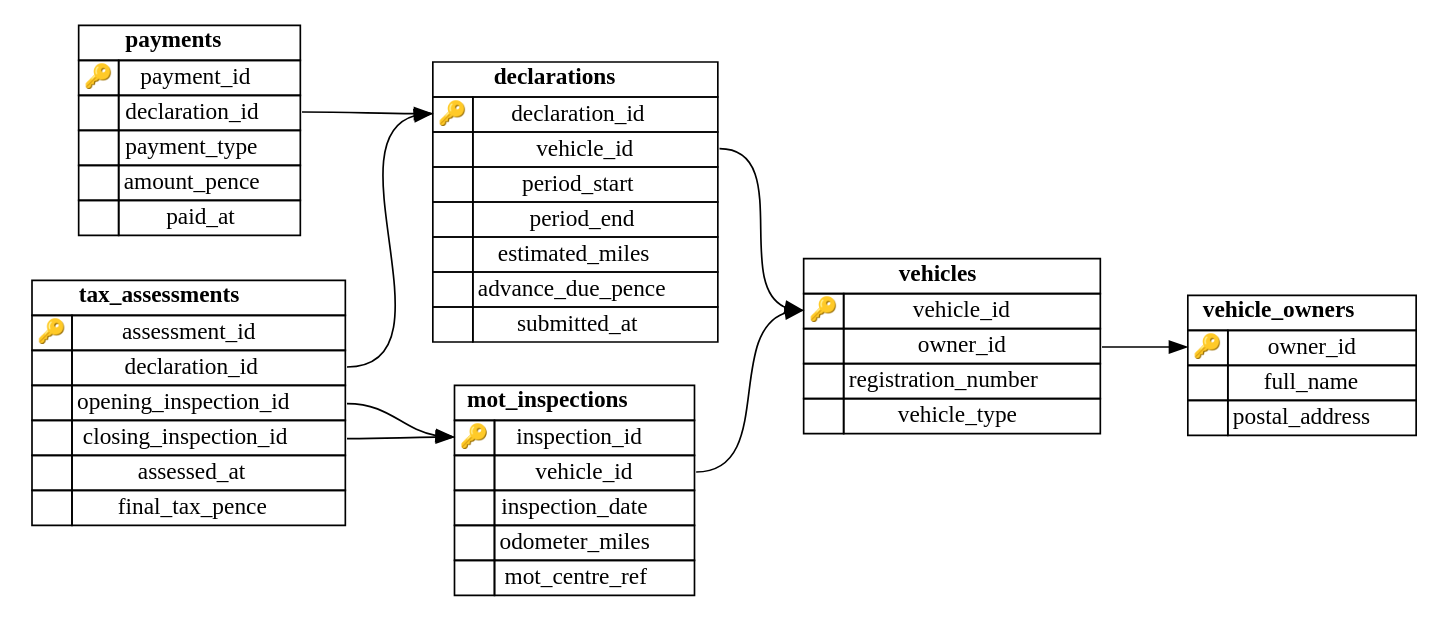
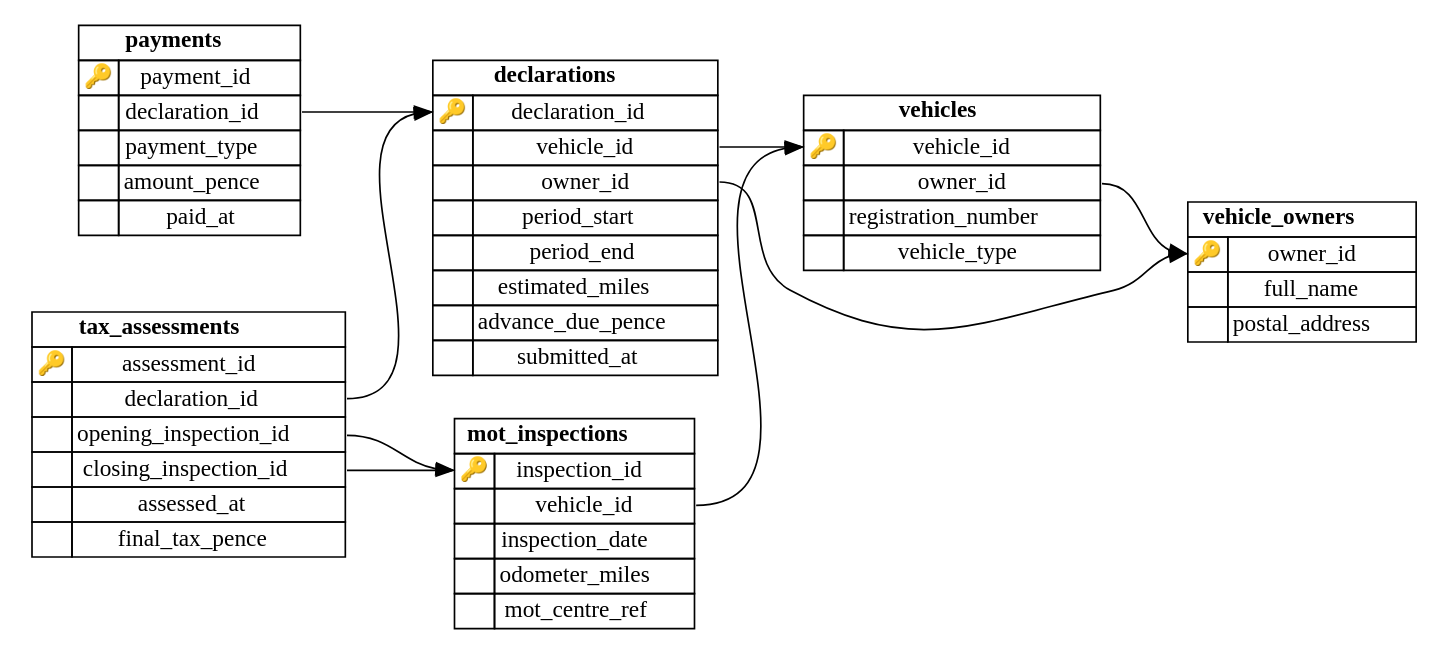
One commit to Mclement197/ikt-hsg-2026 changed the diagram in diagrams/er_diagram/schema.dot. Above: the diagram before and after it, drawn with Graphviz. The commit also changed 31 other files, not shown here.

```diff
--- a/diagrams/er_diagram/schema.dot
+++ b/diagrams/er_diagram/schema.dot
@@ -12,235 +12,242 @@
                 <TR>
                     <TD COLSPAN="2"><B>declarations</B></TD>
                 </TR>
-            
+
                 <TR>
                     <TD PORT="declaration_id_to">🔑</TD>
                     <TD PORT="declaration_id_from">declaration_id</TD>
                 </TR>
-            
+
 
                 <TR>
                     <TD PORT="vehicle_id_to">&nbsp;</TD>
                     <TD PORT="vehicle_id_from">vehicle_id</TD>
                 </TR>
-            
+
+
+                <TR>
+                    <TD PORT="owner_id_to">&nbsp;</TD>
+                    <TD PORT="owner_id_from">owner_id</TD>
+                </TR>
+
 
                 <TR>
                     <TD PORT="period_start_to">&nbsp;</TD>
                     <TD PORT="period_start_from">period_start</TD>
                 </TR>
-            
+
 
                 <TR>
                     <TD PORT="period_end_to">&nbsp;</TD>
                     <TD PORT="period_end_from">period_end</TD>
                 </TR>
-            
+
 
                 <TR>
                     <TD PORT="estimated_miles_to">&nbsp;</TD>
                     <TD PORT="estimated_miles_from">estimated_miles</TD>
                 </TR>
-            
+
 
                 <TR>
                     <TD PORT="advance_due_pence_to">&nbsp;</TD>
                     <TD PORT="advance_due_pence_from">advance_due_pence</TD>
                 </TR>
-            
+
 
                 <TR>
                     <TD PORT="submitted_at_to">&nbsp;</TD>
                     <TD PORT="submitted_at_from">submitted_at</TD>
                 </TR>
-            
+
             </TABLE>
         >];
-        
+
 mot_inspections [label=<
             <TABLE BORDER="0" CELLSPACING="0" CELLBORDER="1">
                 <TR>
                     <TD COLSPAN="2"><B>mot_inspections</B></TD>
                 </TR>
-            
+
                 <TR>
                     <TD PORT="inspection_id_to">🔑</TD>
                     <TD PORT="inspection_id_from">inspection_id</TD>
                 </TR>
-            
+
 
                 <TR>
                     <TD PORT="vehicle_id_to">&nbsp;</TD>
                     <TD PORT="vehicle_id_from">vehicle_id</TD>
                 </TR>
-            
+
 
                 <TR>
                     <TD PORT="inspection_date_to">&nbsp;</TD>
                     <TD PORT="inspection_date_from">inspection_date</TD>
                 </TR>
-            
+
 
                 <TR>
                     <TD PORT="odometer_miles_to">&nbsp;</TD>
                     <TD PORT="odometer_miles_from">odometer_miles</TD>
                 </TR>
-            
+
 
                 <TR>
                     <TD PORT="mot_centre_ref_to">&nbsp;</TD>
                     <TD PORT="mot_centre_ref_from">mot_centre_ref</TD>
                 </TR>
-            
+
             </TABLE>
         >];
-        
+
 payments [label=<
             <TABLE BORDER="0" CELLSPACING="0" CELLBORDER="1">
                 <TR>
                     <TD COLSPAN="2"><B>payments</B></TD>
                 </TR>
-            
+
                 <TR>
                     <TD PORT="payment_id_to">🔑</TD>
                     <TD PORT="payment_id_from">payment_id</TD>
                 </TR>
-            
+
 
                 <TR>
                     <TD PORT="declaration_id_to">&nbsp;</TD>
                     <TD PORT="declaration_id_from">declaration_id</TD>
                 </TR>
-            
+
 
                 <TR>
                     <TD PORT="payment_type_to">&nbsp;</TD>
                     <TD PORT="payment_type_from">payment_type</TD>
                 </TR>
-            
+
 
                 <TR>
                     <TD PORT="amount_pence_to">&nbsp;</TD>
                     <TD PORT="amount_pence_from">amount_pence</TD>
                 </TR>
-            
+
 
                 <TR>
                     <TD PORT="paid_at_to">&nbsp;</TD>
                     <TD PORT="paid_at_from">paid_at</TD>
                 </TR>
-            
+
             </TABLE>
         >];
-        
+
 tax_assessments [label=<
             <TABLE BORDER="0" CELLSPACING="0" CELLBORDER="1">
                 <TR>
                     <TD COLSPAN="2"><B>tax_assessments</B></TD>
                 </TR>
-            
+
                 <TR>
                     <TD PORT="assessment_id_to">🔑</TD>
                     <TD PORT="assessment_id_from">assessment_id</TD>
                 </TR>
-            
+
 
                 <TR>
                     <TD PORT="declaration_id_to">&nbsp;</TD>
                     <TD PORT="declaration_id_from">declaration_id</TD>
                 </TR>
-            
+
 
                 <TR>
                     <TD PORT="opening_inspection_id_to">&nbsp;</TD>
                     <TD PORT="opening_inspection_id_from">opening_inspection_id</TD>
                 </TR>
-            
+
 
                 <TR>
                     <TD PORT="closing_inspection_id_to">&nbsp;</TD>
                     <TD PORT="closing_inspection_id_from">closing_inspection_id</TD>
                 </TR>
-            
+
 
                 <TR>
                     <TD PORT="assessed_at_to">&nbsp;</TD>
                     <TD PORT="assessed_at_from">assessed_at</TD>
                 </TR>
-            
+
 
                 <TR>
                     <TD PORT="final_tax_pence_to">&nbsp;</TD>
                     <TD PORT="final_tax_pence_from">final_tax_pence</TD>
                 </TR>
-            
+
             </TABLE>
         >];
-        
+
 vehicle_owners [label=<
             <TABLE BORDER="0" CELLSPACING="0" CELLBORDER="1">
                 <TR>
                     <TD COLSPAN="2"><B>vehicle_owners</B></TD>
                 </TR>
-            
+
                 <TR>
                     <TD PORT="owner_id_to">🔑</TD>
                     <TD PORT="owner_id_from">owner_id</TD>
                 </TR>
-            
+
 
                 <TR>
                     <TD PORT="full_name_to">&nbsp;</TD>
                     <TD PORT="full_name_from">full_name</TD>
                 </TR>
-            
+
 
                 <TR>
                     <TD PORT="postal_address_to">&nbsp;</TD>
                     <TD PORT="postal_address_from">postal_address</TD>
                 </TR>
-            
+
             </TABLE>
         >];
-        
+
 vehicles [label=<
             <TABLE BORDER="0" CELLSPACING="0" CELLBORDER="1">
                 <TR>
                     <TD COLSPAN="2"><B>vehicles</B></TD>
                 </TR>
-            
+
                 <TR>
                     <TD PORT="vehicle_id_to">🔑</TD>
                     <TD PORT="vehicle_id_from">vehicle_id</TD>
                 </TR>
-            
+
 
                 <TR>
                     <TD PORT="owner_id_to">&nbsp;</TD>
                     <TD PORT="owner_id_from">owner_id</TD>
                 </TR>
-            
+
 
                 <TR>
                     <TD PORT="registration_number_to">&nbsp;</TD>
                     <TD PORT="registration_number_from">registration_number</TD>
                 </TR>
-            
+
 
                 <TR>
                     <TD PORT="vehicle_type_to">&nbsp;</TD>
                     <TD PORT="vehicle_type_from">vehicle_type</TD>
                 </TR>
-            
+
             </TABLE>
         >];
-        
+
 payments:declaration_id_from:e -> declarations:declaration_id_to:w
 tax_assessments:closing_inspection_id_from:e -> mot_inspections:inspection_id_to:w
 tax_assessments:opening_inspection_id_from:e -> mot_inspections:inspection_id_to:w
 tax_assessments:declaration_id_from:e -> declarations:declaration_id_to:w
 mot_inspections:vehicle_id_from:e -> vehicles:vehicle_id_to:w
 vehicles:owner_id_from:e -> vehicle_owners:owner_id_to:w
+declarations:owner_id_from:e -> vehicle_owners:owner_id_to:w
 declarations:vehicle_id_from:e -> vehicles:vehicle_id_to:w
 
 }
```
